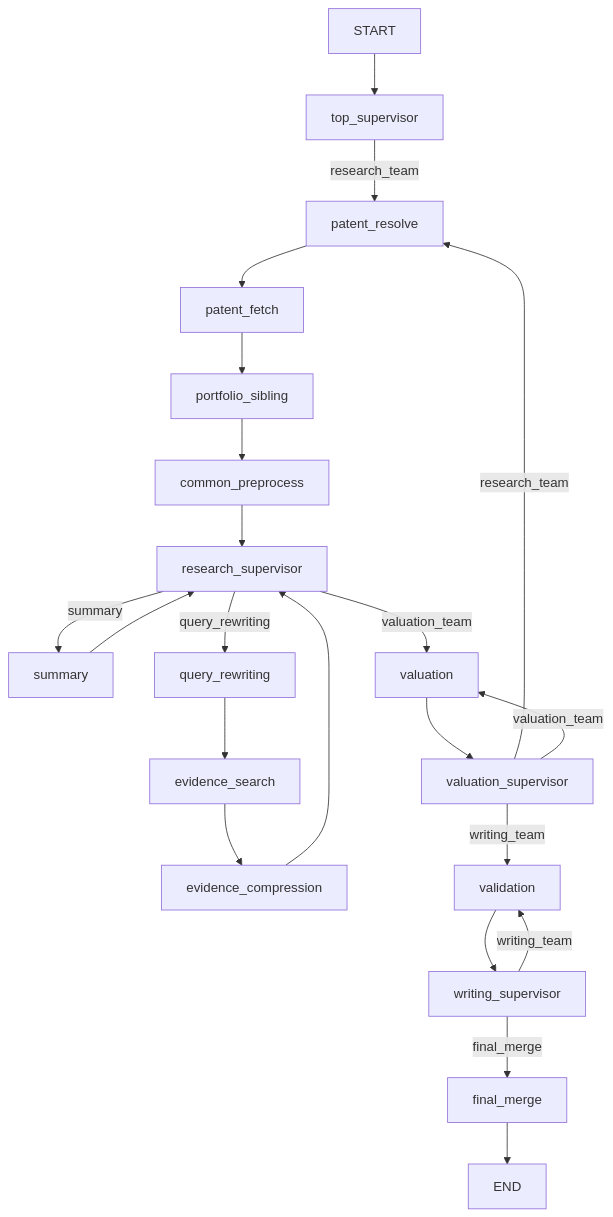
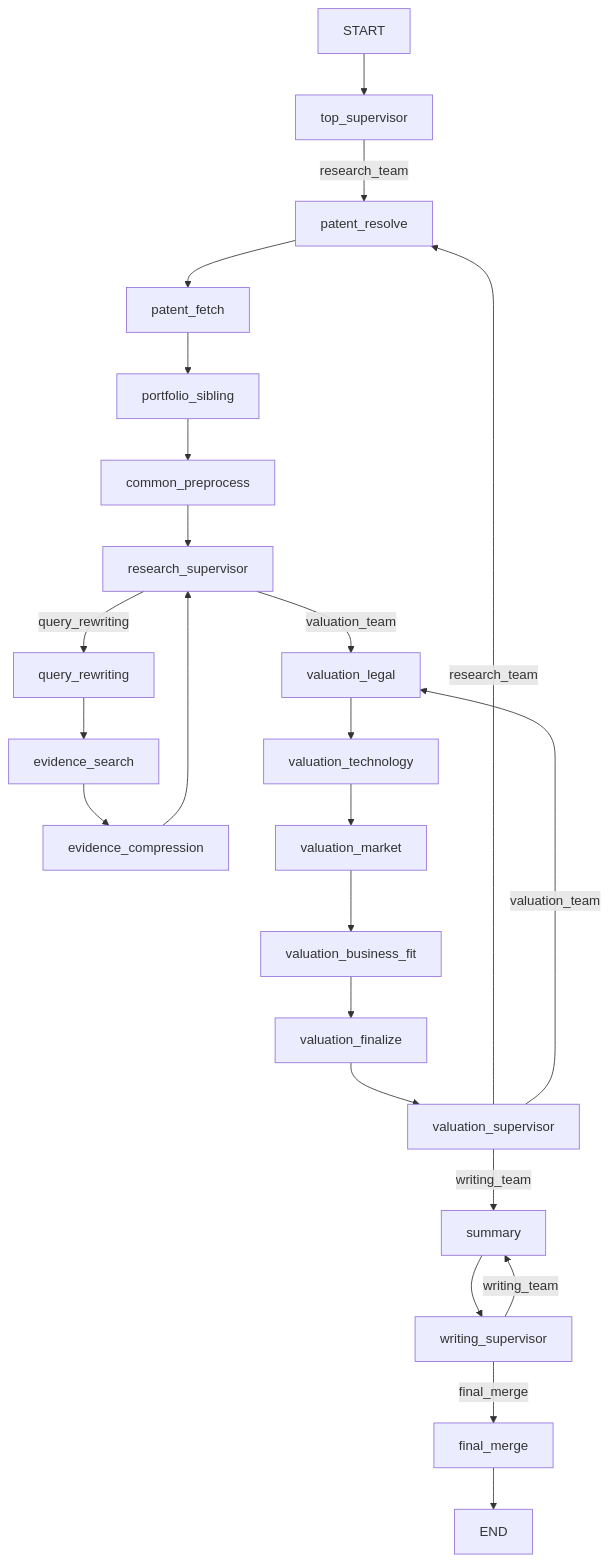
The diagram in docs/agent_workflow_collaboration_guide.md (SKALA-11st-Team/PatentFlow_Agent), drawn with Mermaid before and after one commit. The commit also changed other lines of this file and 4 other files, not shown here.

````diff
--- a/docs/agent_workflow_collaboration_guide.md
+++ b/docs/agent_workflow_collaboration_guide.md
@@ -184,28 +184,29 @@
 ```mermaid
 flowchart TD
     START --> TOP["top_supervisor"]
     TOP -->|"research_team"| RESOLVE["patent_resolve"]
     RESOLVE --> FETCH["patent_fetch"]
     FETCH --> PORTFOLIO["portfolio_sibling"]
     PORTFOLIO --> PRE["common_preprocess"]
     PRE --> RS["research_supervisor"]
 
-    RS -->|"summary"| SUMMARY["summary"]
-    SUMMARY --> RS
-
     RS -->|"query_rewriting"| QR["query_rewriting"]
     QR --> SEARCH["evidence_search"]
     SEARCH --> COMPRESS["evidence_compression"]
     COMPRESS --> RS
 
-    RS -->|"valuation_team"| VAL["valuation"]
-    VAL --> VS["valuation_supervisor"]
+    RS -->|"valuation_team"| VL["valuation_legal"]
+    VL --> VT["valuation_technology"]
+    VT --> VM["valuation_market"]
+    VM --> VB["valuation_business_fit"]
+    VB --> VF["valuation_finalize"]
+    VF --> VS["valuation_supervisor"]
     VS -->|"research_team"| RESOLVE
-    VS -->|"valuation_team"| VAL
-    VS -->|"writing_team"| VALIDATION["validation"]
+    VS -->|"valuation_team"| VL
+    VS -->|"writing_team"| SUMMARY["summary"]
 
-    VALIDATION --> WS["writing_supervisor"]
-    WS -->|"writing_team"| VALIDATION
+    SUMMARY --> WS["writing_supervisor"]
+    WS -->|"writing_team"| SUMMARY
     WS -->|"final_merge"| FINAL["final_merge"]
     FINAL --> END
 ```
````
